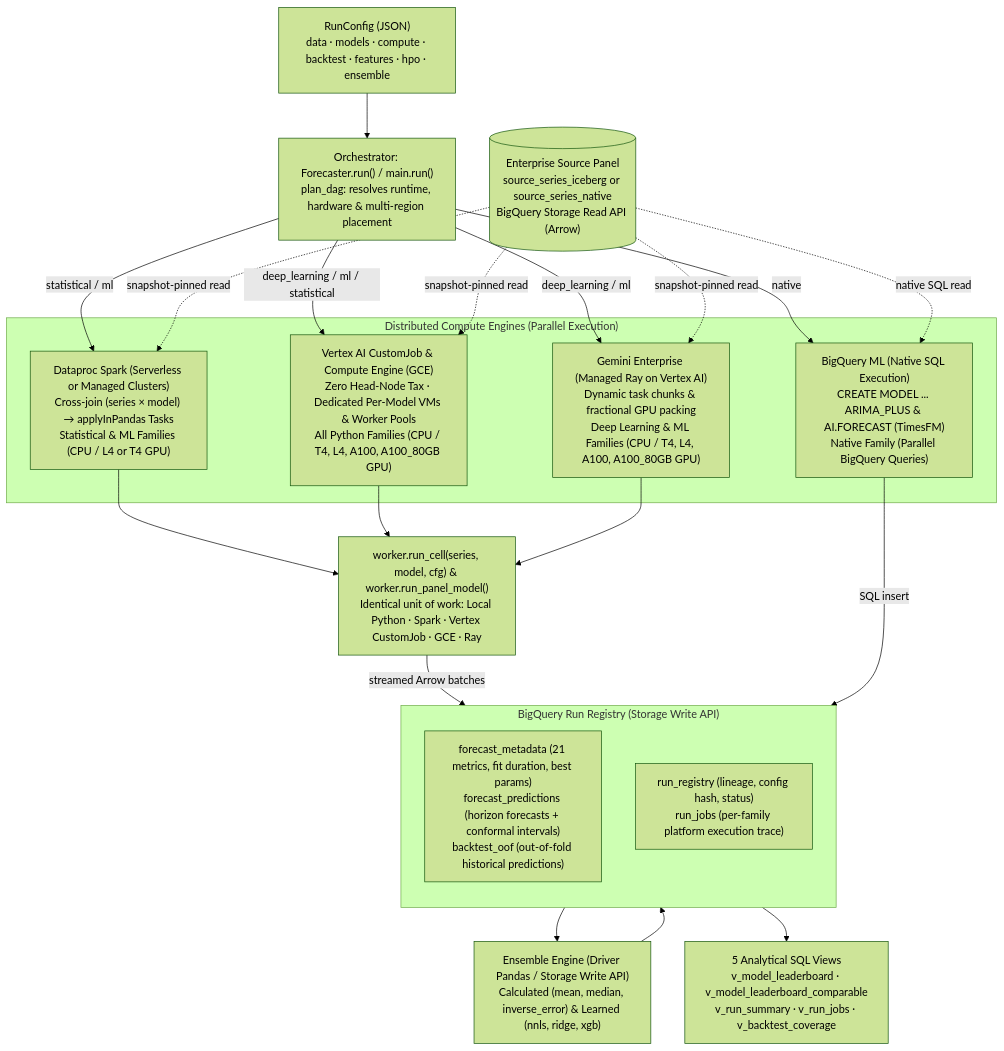
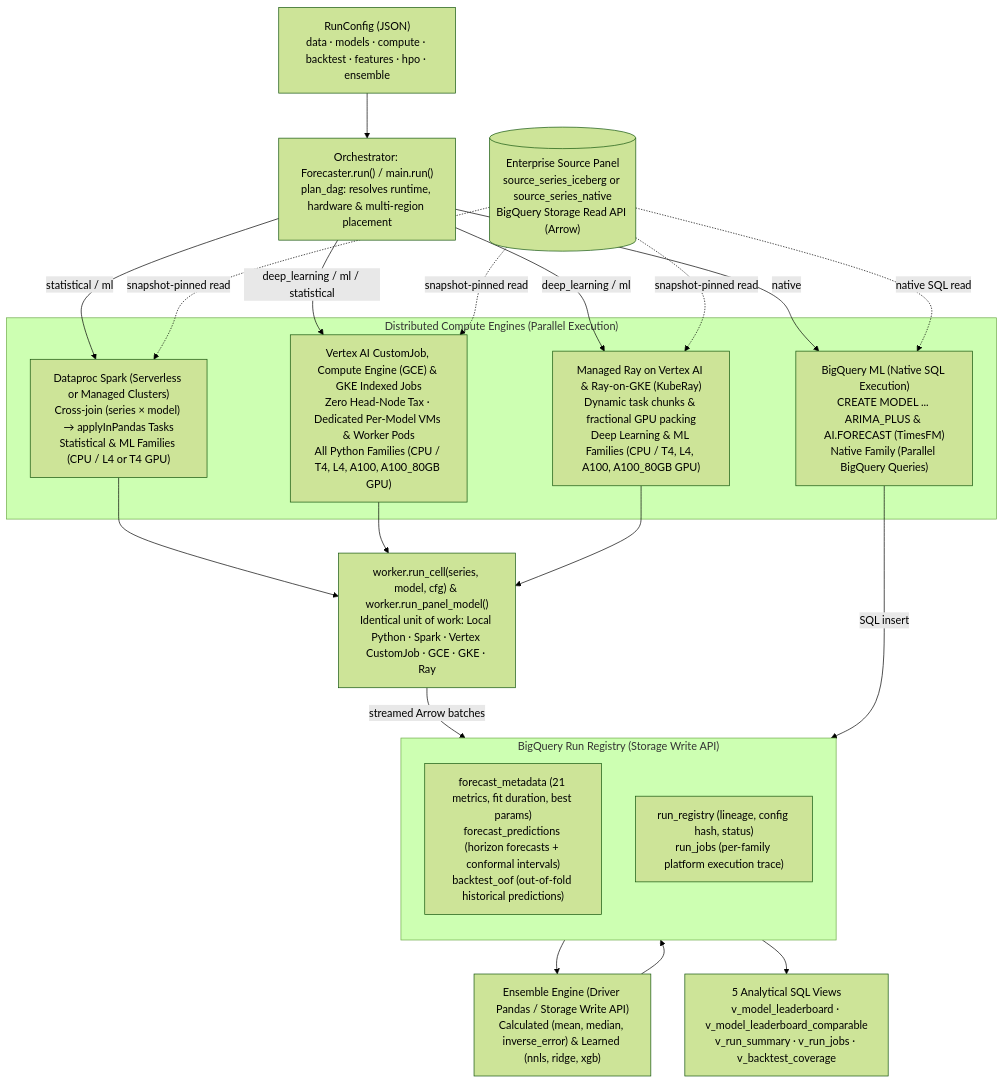
The second of 6 diagrams in README.md (statmike/scale-forecasting), drawn with Mermaid (forest theme) before and after one commit. The commit also changed other lines of this file and 59 other files, not shown here.

Commit message:
feat(gke): add Google Kubernetes Engine (gke) runtime, Indexed Jobs, Ray-on-GKE, per-pod GPU scale-down, and runtimes reference

````diff
--- a/README.md
+++ b/README.md
@@ -274,45 +275,45 @@
 ```mermaid
 flowchart TB
     cfg["RunConfig (JSON)<br/>data · models · compute · backtest · features · hpo · ensemble"]
     orch["Orchestrator: Forecaster.run() / main.run()<br/>plan_dag: resolves runtime, hardware & multi-region placement"]
     cfg --> orch
 
     subgraph compute["Distributed Compute Engines (Parallel Execution)"]
         spark["Dataproc Spark (Serverless or Managed Clusters)<br/>Cross-join (series × model) → applyInPandas Tasks<br/>Statistical & ML Families (CPU / L4 or T4 GPU)"]
-        vertex["Vertex AI CustomJob & Compute Engine (GCE)<br/>Zero Head-Node Tax · Dedicated Per-Model VMs & Worker Pools<br/>All Python Families (CPU / T4, L4, A100, A100_80GB GPU)"]
-        ray["Gemini Enterprise (Managed Ray on Vertex AI)<br/>Dynamic task chunks & fractional GPU packing<br/>Deep Learning & ML Families (CPU / T4, L4, A100, A100_80GB GPU)"]
+        vertex["Vertex AI CustomJob, Compute Engine (GCE) & GKE Indexed Jobs<br/>Zero Head-Node Tax · Dedicated Per-Model VMs & Worker Pods<br/>All Python Families (CPU / T4, L4, A100, A100_80GB GPU)"]
+        ray["Managed Ray on Vertex AI & Ray-on-GKE (KubeRay)<br/>Dynamic task chunks & fractional GPU packing<br/>Deep Learning & ML Families (CPU / T4, L4, A100, A100_80GB GPU)"]
         bq["BigQuery ML (Native SQL Execution)<br/>CREATE MODEL ... ARIMA_PLUS & AI.FORECAST (TimesFM)<br/>Native Family (Parallel BigQuery Queries)"]
     end
 
     orch -->|"statistical / ml"| spark
     orch -->|"deep_learning / ml / statistical"| vertex
     orch -->|"deep_learning / ml"| ray
     orch -->|"native"| bq
 
-    unit["worker.run_cell(series, model, cfg) & worker.run_panel_model()<br/>Identical unit of work: Local Python · Spark · Vertex CustomJob · GCE · Ray"]
+    unit["worker.run_cell(series, model, cfg) & worker.run_panel_model()<br/>Identical unit of work: Local Python · Spark · Vertex CustomJob · GCE · GKE · Ray"]
     spark --> unit
     vertex --> unit
     ray --> unit
 
     source[("Enterprise Source Panel<br/>source_series_iceberg or source_series_native<br/>BigQuery Storage Read API (Arrow)")]
     source -.->|snapshot-pinned read| spark
     source -.->|snapshot-pinned read| vertex
     source -.->|snapshot-pinned read| ray
     source -.->|native SQL read| bq
 
     subgraph registry["BigQuery Run Registry (Storage Write API)"]
         direction TB
         r_meta["forecast_metadata (21 metrics, fit duration, best params)<br/>forecast_predictions (horizon forecasts + conformal intervals)<br/>backtest_oof (out-of-fold historical predictions)"]
         r_trace["run_registry (lineage, config hash, status)<br/>run_jobs (per-family platform execution trace)"]
     end
 
     unit -->|streamed Arrow batches| registry
     bq -->|SQL insert| registry
 
     ens["Ensemble Engine (Driver Pandas / Storage Write API)<br/>Calculated (mean, median, inverse_error) & Learned (nnls, ridge, xgb)"]
     registry --> ens
     ens --> registry
 
     views["5 Analytical SQL Views<br/>v_model_leaderboard · v_model_leaderboard_comparable<br/>v_run_summary · v_run_jobs · v_backtest_coverage"]
     registry --> views
 ```
````
